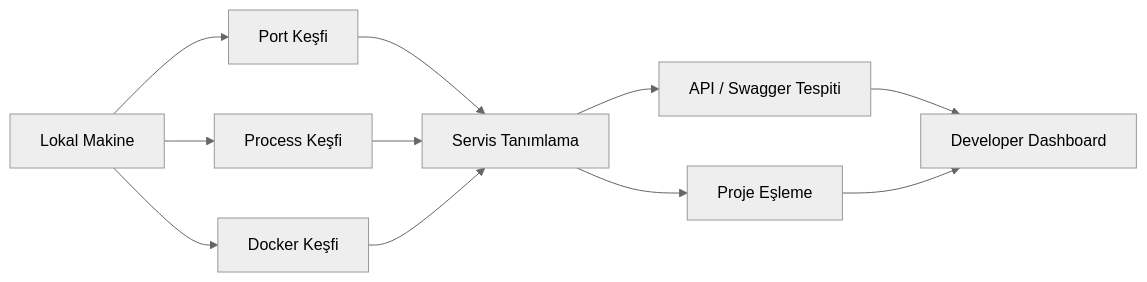
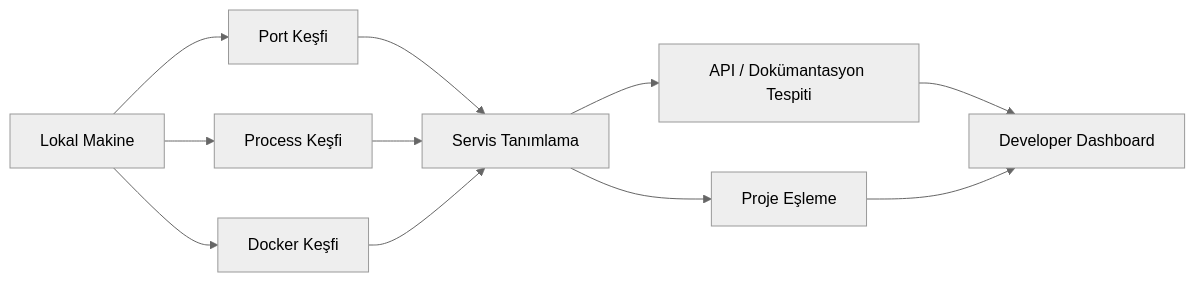
Before and after one commit to tahakubilay/LokalHub: the diagram in README.tr.md, drawn with Mermaid (neutral theme). The commit also changed other lines of this file, not shown here.

````diff
--- a/README.tr.md
+++ b/README.tr.md
@@ -99,16 +52,16 @@
 ```mermaid
 flowchart LR
     HOST[Lokal Makine] --> PORTS[Port Keşfi]
     HOST --> PROC[Process Keşfi]
     HOST --> DOCKER[Docker Keşfi]
 
     PORTS --> MATCH[Servis Tanımlama]
     PROC --> MATCH
     DOCKER --> MATCH
 
-    MATCH --> API[API / Swagger Tespiti]
+    MATCH --> API[API / Dokümantasyon Tespiti]
     MATCH --> PROJECTS[Proje Eşleme]
 
     API --> DASH[Developer Dashboard]
     PROJECTS --> DASH
 ```
````
